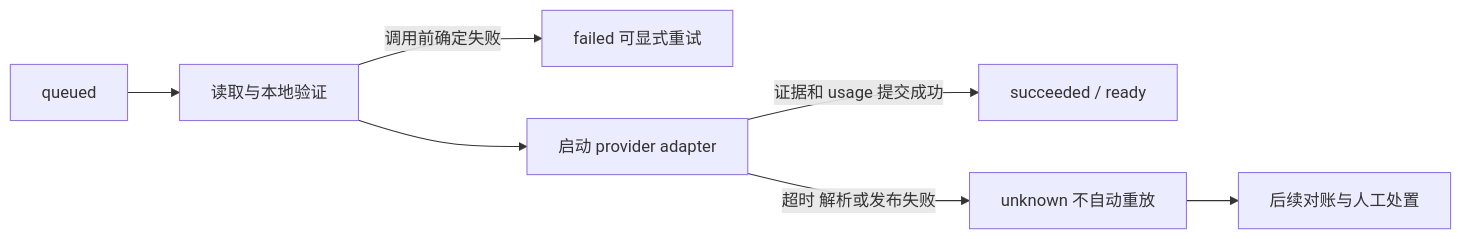
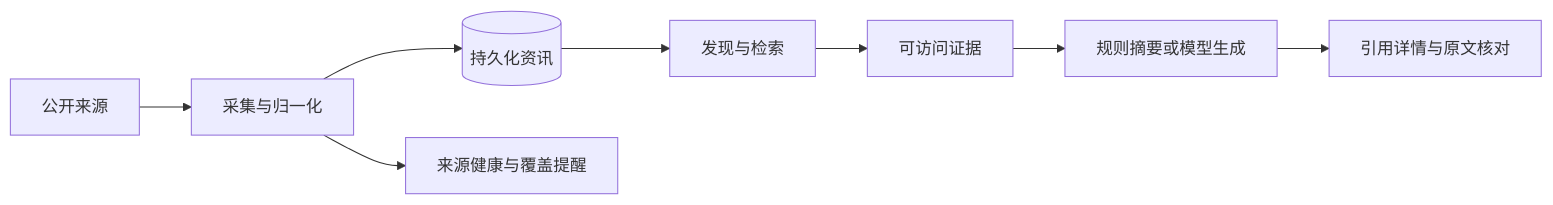
One commit to CoderDongHuang/InfoPulse changed the diagram in docs/blog/infopulse-open-source-engineering.md. Above: the diagram before and after it, drawn with Mermaid. The commit also changed other lines of this file and 10 other files, not shown here.

````diff
--- a/docs/blog/infopulse-open-source-engineering.md
+++ b/docs/blog/infopulse-open-source-engineering.md
@@ -1702,9 +57,10 @@
 ```mermaid
 flowchart LR
-    A[queued] --> B[读取与本地验证]
-    B -->|调用前确定失败| C[failed 可显式重试]
-    B --> D[启动 provider adapter]
-    D -->|证据和 usage 提交成功| E[succeeded / ready]
-    D -->|超时 解析或发布失败| F[unknown 不自动重放]
-    F --> G[后续对账与人工处置]
+    A[公开来源] --> B[采集与归一化]
+    B --> C[(持久化资讯)]
+    C --> D[发现与检索]
+    D --> E[可访问证据]
+    E --> F[规则摘要或模型生成]
+    F --> G[引用详情与原文核对]
+    B --> H[来源健康与覆盖提醒]
 ```
````
